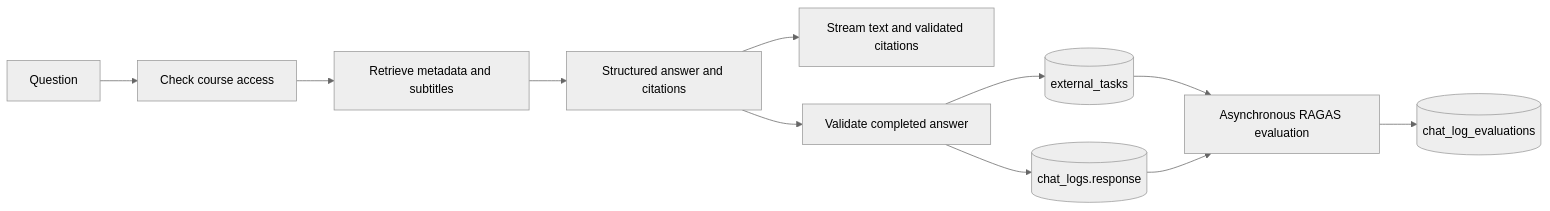
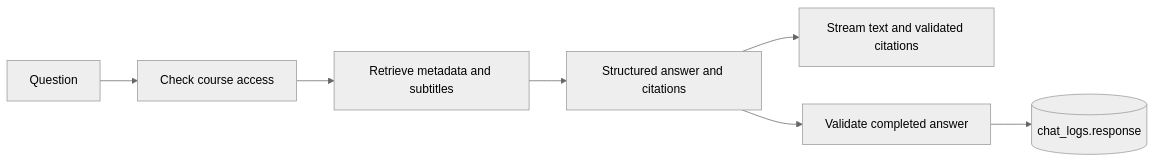
One commit to yukiharada1228/videoq changed the second of 2 diagrams in docs/database/data-flow-diagram.md. Above: the diagram before and after it, drawn with Mermaid (neutral theme). The commit also changed other lines of this file and 121 other files, not shown here.

````diff
--- a/docs/database/data-flow-diagram.md
+++ b/docs/database/data-flow-diagram.md
@@ -27,13 +27,9 @@
 ```mermaid
 flowchart LR
     Question[Question] --> Access[Check course access]
     Access --> Context[Retrieve metadata and subtitles]
     Context --> Answer[Structured answer and citations]
     Answer --> Browser[Stream text and validated citations]
     Answer --> Validate[Validate completed answer]
     Validate --> Logs[(chat_logs.response)]
-    Validate --> Outbox[(external_tasks)]
-    Outbox --> Evaluation[Asynchronous RAGAS evaluation]
-    Logs --> Evaluation
-    Evaluation --> Scores[(chat_log_evaluations)]
 ```
````
